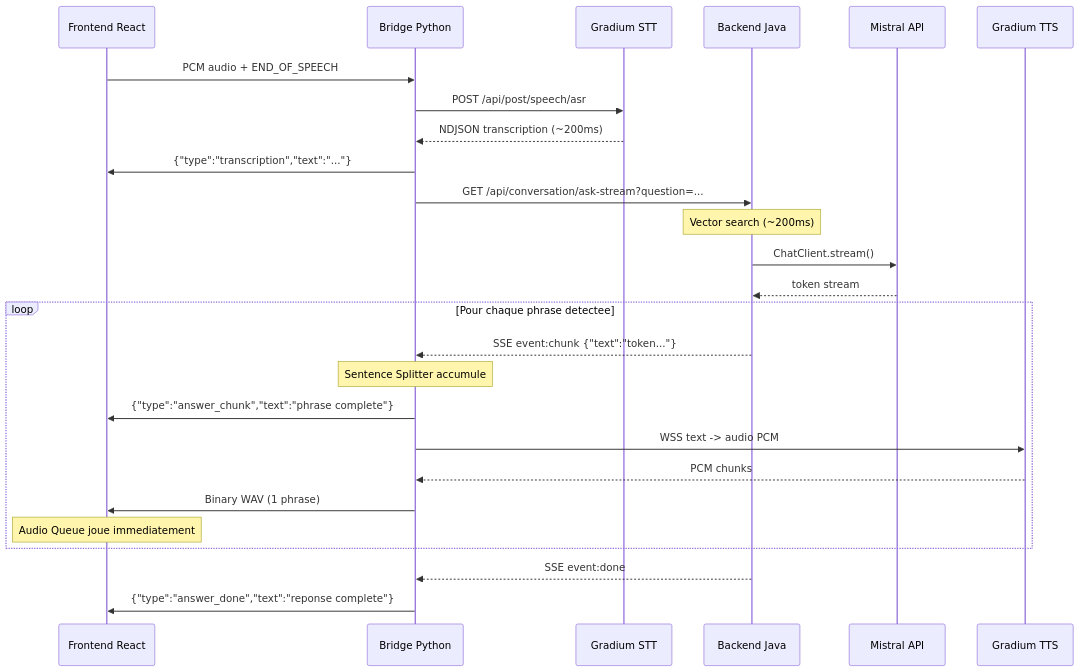
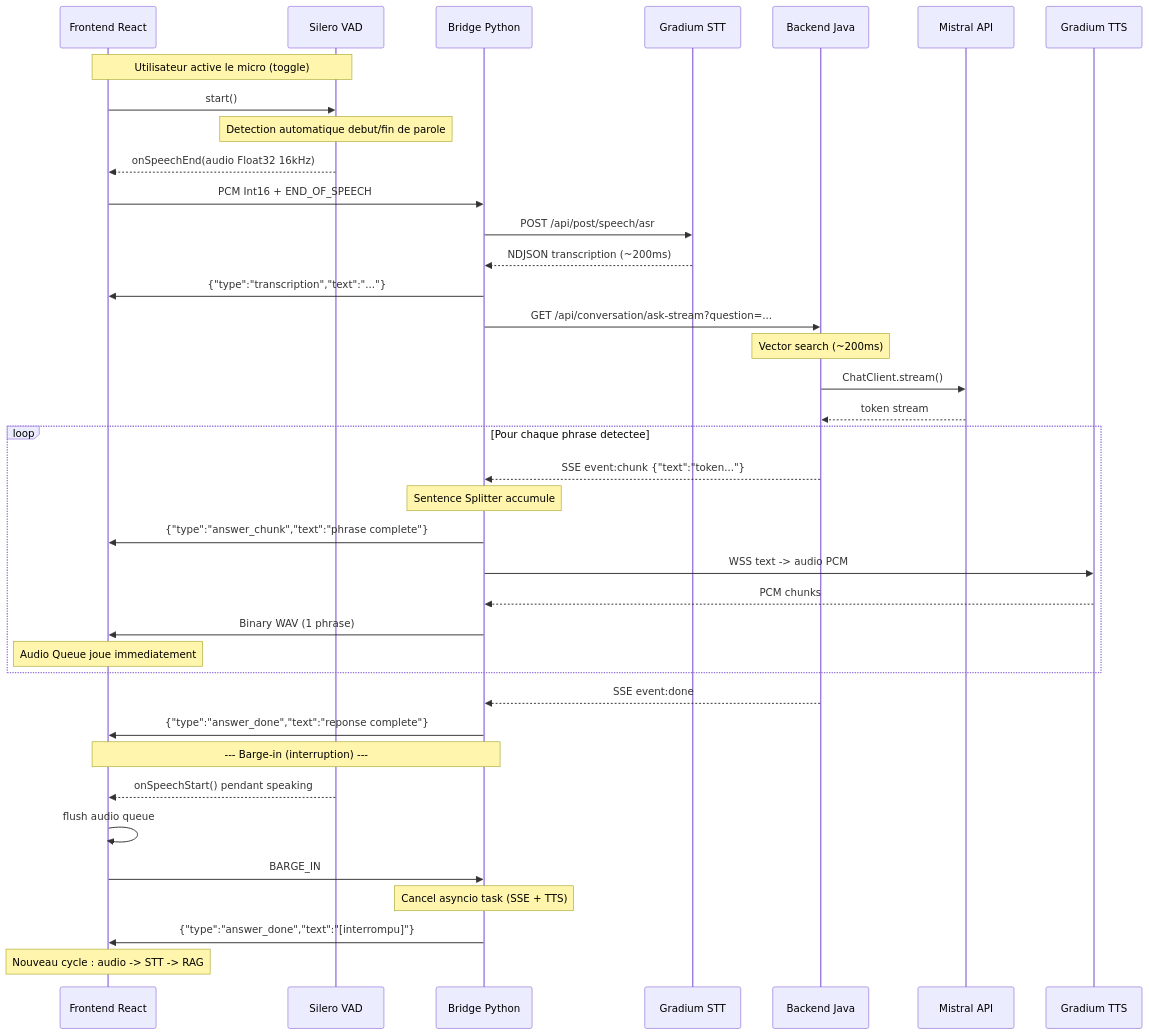
The second of 2 diagrams in docs/architecture.md (tgrimaud/V2V), drawn with Mermaid before and after one commit. The commit also changed other lines of this file and 4 other files, not shown here.

First line of the commit message:
fix: VAD model v5 + startOnLoad, add end-conversation button, update docs

````diff
--- a/docs/architecture.md
+++ b/docs/architecture.md
@@ -192,32 +192,46 @@
 ```mermaid
 sequenceDiagram
     participant FE as Frontend React
+    participant VAD as Silero VAD
     participant BR as Bridge Python
     participant STT as Gradium STT
     participant BE as Backend Java
     participant LLM as Mistral API
     participant TTS as Gradium TTS
 
-    FE->>BR: PCM audio + END_OF_SPEECH
+    Note over FE,VAD: Utilisateur active le micro (toggle)
+    FE->>VAD: start()
+
+    Note over VAD: Detection automatique debut/fin de parole
+    VAD-->>FE: onSpeechEnd(audio Float32 16kHz)
+    FE->>BR: PCM Int16 + END_OF_SPEECH
     BR->>STT: POST /api/post/speech/asr
     STT-->>BR: NDJSON transcription (~200ms)
     BR->>FE: {"type":"transcription","text":"..."}
 
     BR->>BE: GET /api/conversation/ask-stream?question=...
     Note over BE: Vector search (~200ms)
     BE->>LLM: ChatClient.stream()
     LLM-->>BE: token stream
 
     loop Pour chaque phrase detectee
         BE-->>BR: SSE event:chunk {"text":"token..."}
         Note over BR: Sentence Splitter accumule
         BR->>FE: {"type":"answer_chunk","text":"phrase complete"}
         BR->>TTS: WSS text -> audio PCM
         TTS-->>BR: PCM chunks
         BR->>FE: Binary WAV (1 phrase)
         Note over FE: Audio Queue joue immediatement
     end
 
     BE-->>BR: SSE event:done
     BR->>FE: {"type":"answer_done","text":"reponse complete"}
+
+    Note over FE,BR: --- Barge-in (interruption) ---
+    VAD-->>FE: onSpeechStart() pendant speaking
+    FE->>FE: flush audio queue
+    FE->>BR: BARGE_IN
+    Note over BR: Cancel asyncio task (SSE + TTS)
+    BR->>FE: {"type":"answer_done","text":"[interrompu]"}
+    Note over FE: Nouveau cycle : audio -> STT -> RAG
 ```
````
